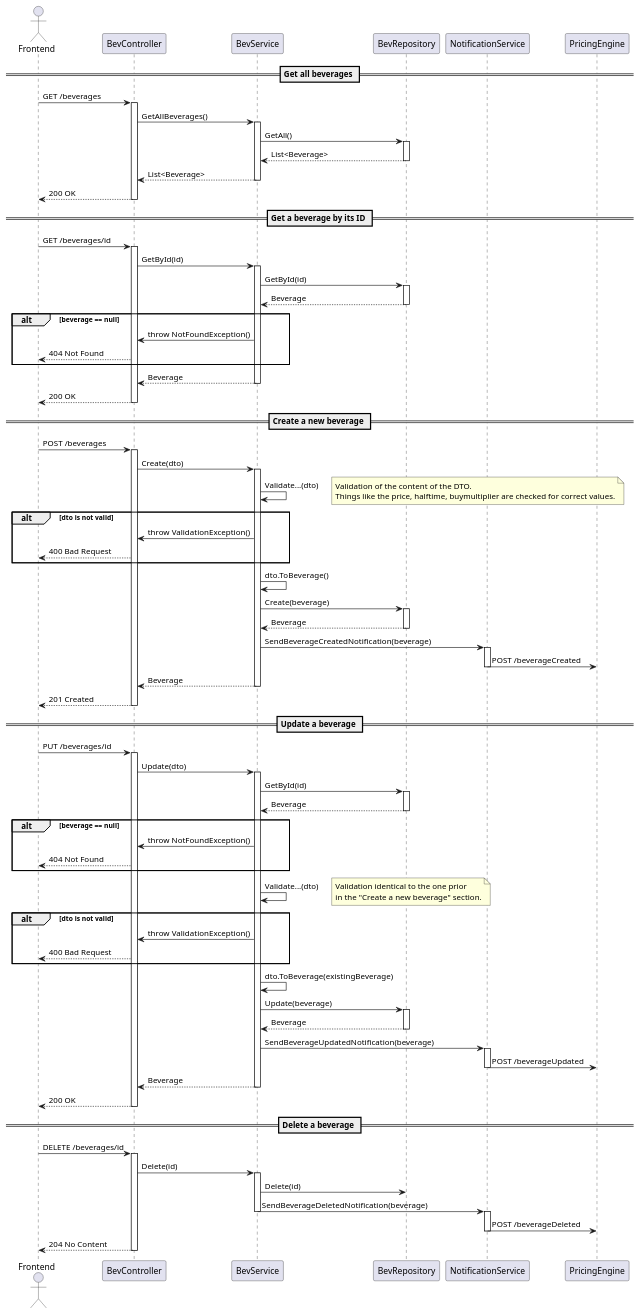
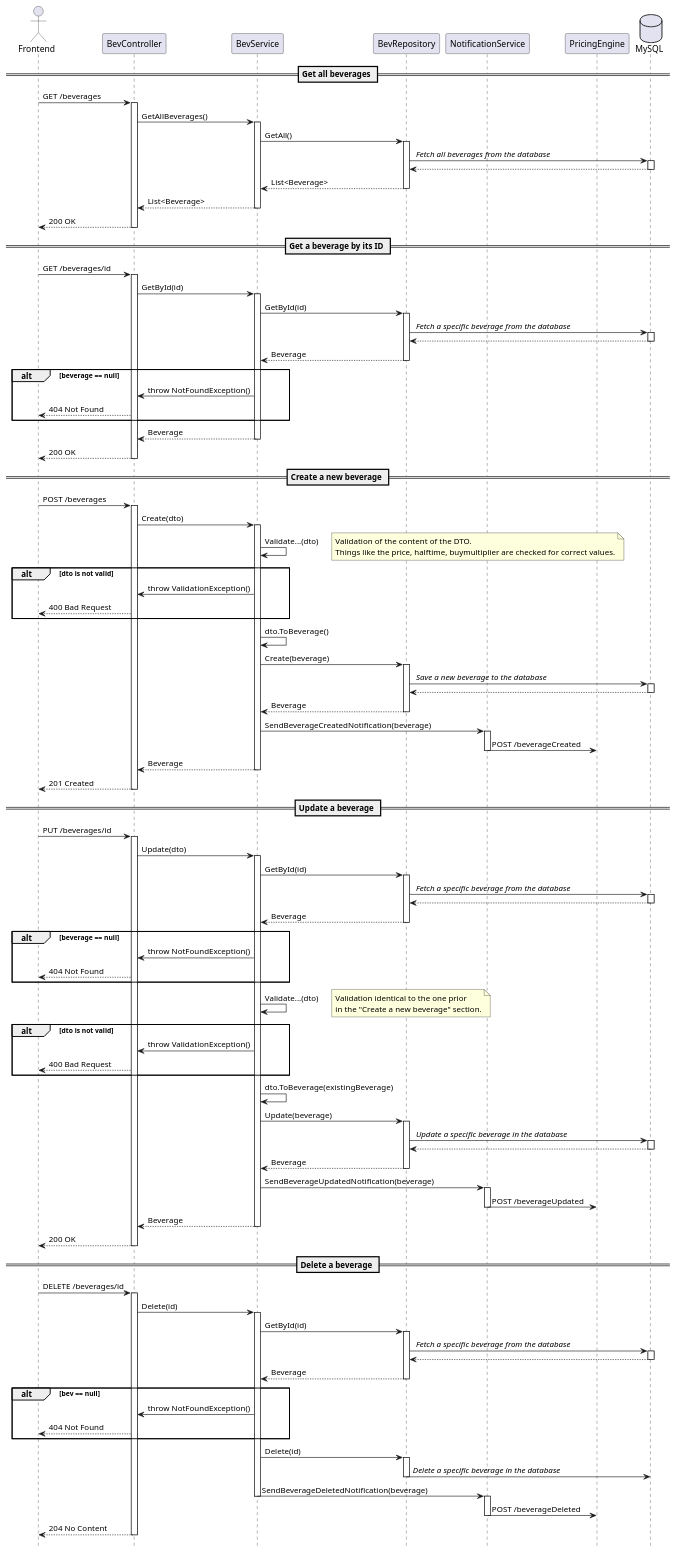
The diagram in diagrams/bevpayapi_beverage_sqdiagram copy.puml (nohns/semesterproject4), drawn with PlantUML before and after one commit. The commit also changed 2 other files, not shown here.

Commit message:
added database and calls as well misc changes

```diff
--- a/diagrams/bevpayapi_beverage_sqdiagram copy.puml
+++ b/diagrams/bevpayapi_beverage_sqdiagram copy.puml
@@ -1,124 +1,162 @@
 @startuml bevpayapi
 Actor Frontend as frontend
 participant BevController as bevcontroller
 participant BevService as bevserv
 participant BevRepository as bevrepo
 participant NotificationService as notifserv
 participant PricingEngine as pricingengine
+Database MySQL as database
+
+hide footbox
 
 == Get all beverages ==
 
 frontend -> bevcontroller: GET /beverages
 activate bevcontroller
 bevcontroller -> bevserv: GetAllBeverages()
 activate bevserv
 bevserv -> bevrepo: GetAll()
 activate bevrepo
+bevrepo -> database: // Fetch all beverages from the database //
+activate database
+database --> bevrepo
+deactivate database
 bevrepo --> bevserv: List<Beverage>
 deactivate bevrepo
 bevserv --> bevcontroller: List<Beverage>
 deactivate bevserv
 bevcontroller --> frontend: 200 OK
 deactivate bevcontroller
 
 == Get a beverage by its ID ==
 
 frontend -> bevcontroller: GET /beverages/id
 activate bevcontroller
 bevcontroller -> bevserv: GetById(id)
 activate bevserv
 bevserv -> bevrepo: GetById(id)
 activate bevrepo
+bevrepo -> database: // Fetch a specific beverage from the database //
+activate database
+database --> bevrepo
+deactivate database
 bevrepo --> bevserv: Beverage
 deactivate bevrepo
 alt beverage == null
 bevserv -> bevcontroller: throw NotFoundException()
 bevcontroller --> frontend: 404 Not Found
 end
 bevserv --> bevcontroller: Beverage
 deactivate bevserv
 bevcontroller --> frontend: 200 OK
 deactivate bevcontroller
 
 == Create a new beverage ==
 
 frontend -> bevcontroller: POST /beverages
 activate bevcontroller
 bevcontroller -> bevserv: Create(dto)
 activate bevserv
 bevserv -> bevserv: Validate...(dto)
 note right
     Validation of the content of the DTO.
     Things like the price, halftime, buymultiplier are checked for correct values.
 end note
 alt dto is not valid
 bevserv -> bevcontroller: throw ValidationException()
 bevcontroller --> frontend: 400 Bad Request
 end
 bevserv -> bevserv: dto.ToBeverage()
 bevserv -> bevrepo: Create(beverage)
 activate bevrepo
+bevrepo -> database: // Save a new beverage to the database //
+activate database
+database --> bevrepo
+deactivate database
 bevrepo --> bevserv: Beverage
 deactivate bevrepo
 bevserv -> notifserv: SendBeverageCreatedNotification(beverage)
 activate notifserv
 notifserv -> pricingengine: POST /beverageCreated
 deactivate notifserv
 bevserv --> bevcontroller: Beverage
 deactivate bevserv
 bevcontroller --> frontend: 201 Created
 deactivate bevcontroller
 
 == Update a beverage ==
 
 frontend -> bevcontroller: PUT /beverages/id
 activate bevcontroller
 bevcontroller -> bevserv: Update(dto)
 activate bevserv
 bevserv -> bevrepo: GetById(id)
 activate bevrepo
+bevrepo -> database: // Fetch a specific beverage from the database //
+activate database
+database --> bevrepo
+deactivate database
 bevrepo --> bevserv: Beverage
 deactivate bevrepo
 alt beverage == null
 bevserv -> bevcontroller: throw NotFoundException()
 bevcontroller --> frontend: 404 Not Found
 end
 bevserv -> bevserv: Validate...(dto)
 note right
     Validation identical to the one prior
     in the "Create a new beverage" section.
 end note
 alt dto is not valid
 bevserv -> bevcontroller: throw ValidationException()
 bevcontroller --> frontend: 400 Bad Request
 end
 bevserv -> bevserv: dto.ToBeverage(existingBeverage)
 bevserv -> bevrepo: Update(beverage)
 activate bevrepo
+bevrepo -> database: // Update a specific beverage in the database //
+activate database
+database --> bevrepo
+deactivate database
 bevrepo --> bevserv: Beverage
 deactivate bevrepo
 bevserv -> notifserv: SendBeverageUpdatedNotification(beverage)
 activate notifserv
 notifserv -> pricingengine: POST /beverageUpdated
 deactivate notifserv
 bevserv --> bevcontroller: Beverage
 deactivate bevserv
 bevcontroller --> frontend: 200 OK
 deactivate bevcontroller
 
 == Delete a beverage ==
 
 frontend -> bevcontroller: DELETE /beverages/id
 activate bevcontroller
 bevcontroller -> bevserv: Delete(id)
 activate bevserv
+bevserv -> bevrepo: GetById(id)
+activate bevrepo
+bevrepo -> database: // Fetch a specific beverage from the database //
+activate database
+database --> bevrepo
+deactivate database
+bevrepo --> bevserv: Beverage
+deactivate bevrepo
+alt bev == null
+bevserv -> bevcontroller: throw NotFoundException()
+bevcontroller --> frontend: 404 Not Found
+end
 bevserv -> bevrepo: Delete(id)
+activate bevrepo
+bevrepo -> database: // Delete a specific beverage in the database //
+deactivate bevrepo
 bevserv -> notifserv: SendBeverageDeletedNotification(beverage)
 deactivate bevserv
 activate notifserv
 notifserv -> pricingengine: POST /beverageDeleted
 deactivate notifserv
 bevcontroller --> frontend: 204 No Content
 deactivate bevcontroller
 
 @enduml
```
